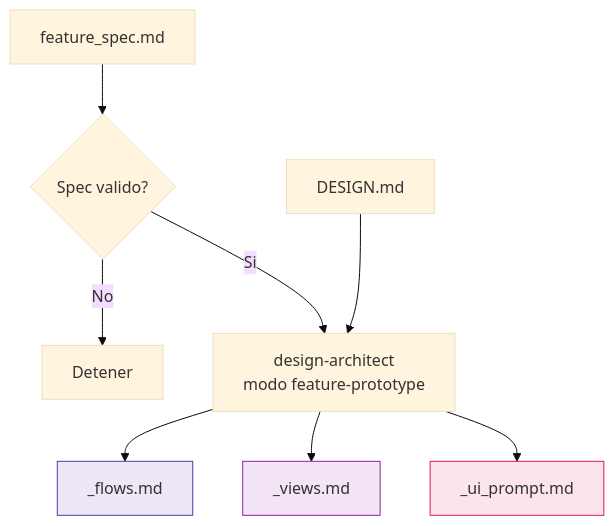
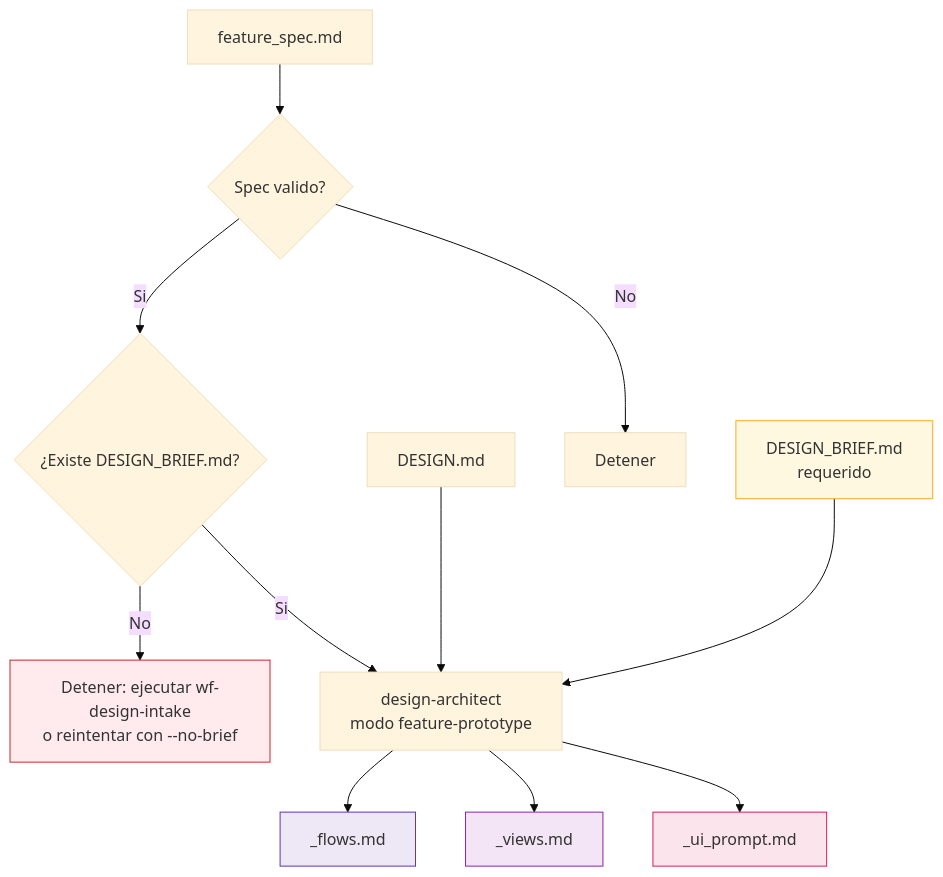
Before and after one commit to OspofeDeveloper/ai-dev-agents-lab: the fourth of 9 diagrams in sdd/design/DIAGRAMS.md, drawn with Mermaid (base theme). The commit also changed other lines of this file and 193 other files, not shown here.

````diff
--- a/sdd/design/DIAGRAMS.md
+++ b/sdd/design/DIAGRAMS.md
@@ -62,16 +168,22 @@
 ```mermaid
 flowchart TD
     Spec[feature_spec.md]
     DesignFile[DESIGN.md]
+    Brief[DESIGN_BRIEF.md<br/>requerido]
     Spec --> Check{"Spec valido?"}
     Check -->|No| Stop[Detener]
-    Check -->|Si| Agent["design-architect<br/>modo feature-prototype"]
+    Check -->|Si| BriefGate{"¿Existe DESIGN_BRIEF.md?"}
+    BriefGate -->|No| StopBrief["Detener: ejecutar wf-design-intake<br/>o reintentar con --no-brief"]
+    BriefGate -->|Si| Agent["design-architect<br/>modo feature-prototype"]
     DesignFile --> Agent
+    Brief --> Agent
     Agent --> Flows["<feature>_flows.md"]
     Agent --> Views["<feature>_views.md"]
     Agent --> Prompt["<feature>_ui_prompt.md"]
 
     style Flows fill:#ede7f6,stroke:#5e35b1
     style Views fill:#f3e5f5,stroke:#8e24aa
     style Prompt fill:#fce4ec,stroke:#d81b60
+    style Brief fill:#fff8e1,stroke:#f9a825
+    style StopBrief fill:#ffebee,stroke:#c62828
 ```
````
